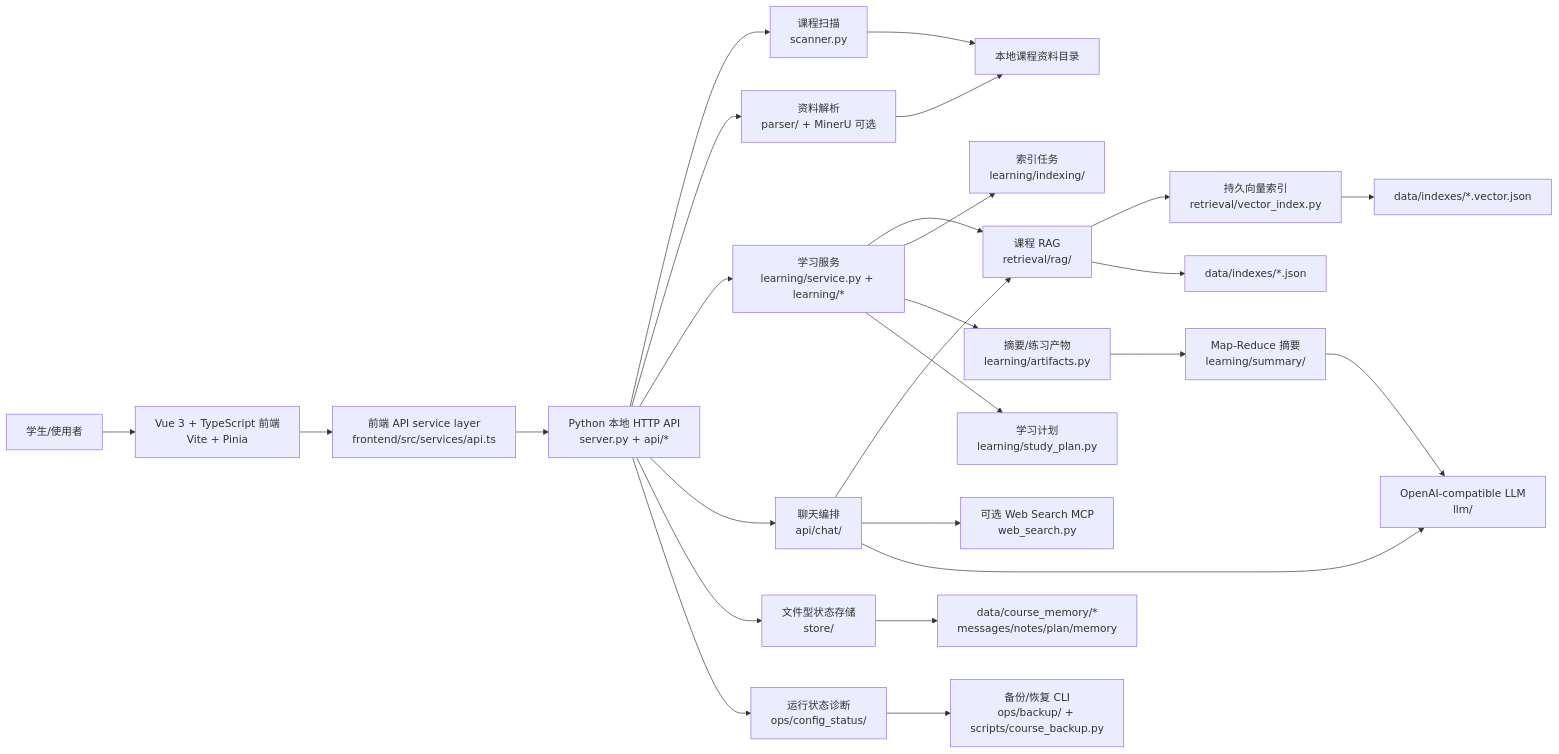
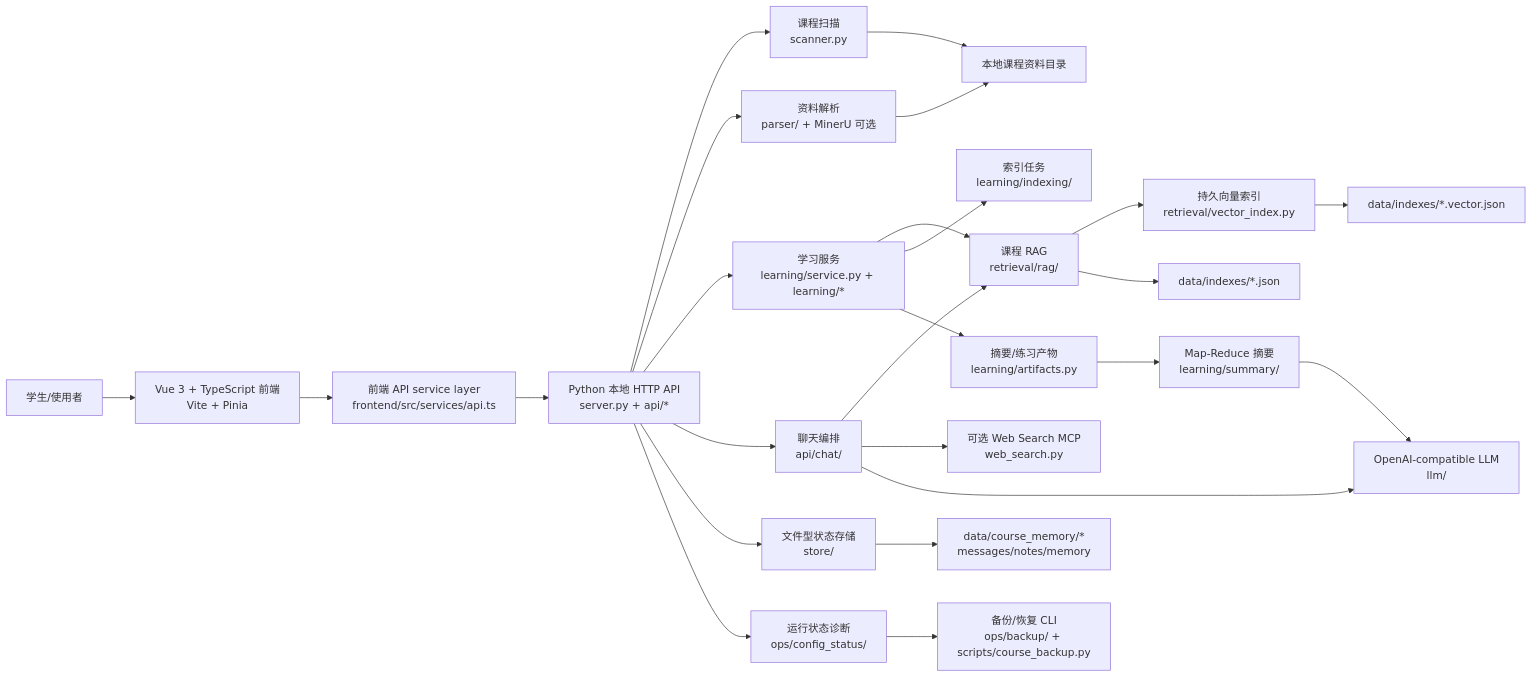
Before and after one commit to LuMH1027/ai-learn-assistant: the first of 9 diagrams in docs/系统设计.md, drawn with Mermaid. The commit also changed other lines of this file and 42 other files, not shown here.

````diff
--- a/docs/系统设计.md
+++ b/docs/系统设计.md
@@ -7,31 +7,30 @@
 ```mermaid
 flowchart LR
     User["学生/使用者"] --> Browser["Vue 3 + TypeScript 前端<br/>Vite + Pinia"]
     Browser --> FrontApi["前端 API service layer<br/>frontend/src/services/api.ts"]
     FrontApi --> API["Python 本地 HTTP API<br/>server.py + api/*"]
 
     API --> Scanner["课程扫描<br/>scanner.py"]
     API --> Parser["资料解析<br/>parser/ + MinerU 可选"]
     API --> Learning["学习服务<br/>learning/service.py + learning/*"]
     API --> Chat["聊天编排<br/>api/chat/"]
     API --> Store["文件型状态存储<br/>store/"]
     API --> Ops["运行状态诊断<br/>ops/config_status/"]
 
     Learning --> RAG["课程 RAG<br/>retrieval/rag/"]
     Chat --> RAG
     Chat --> WebSearch["可选 Web Search MCP<br/>web_search.py"]
     Chat --> LLM["OpenAI-compatible LLM<br/>llm/"]
     Learning --> Indexing["索引任务<br/>learning/indexing/"]
     Learning --> Artifacts["摘要/练习产物<br/>learning/artifacts.py"]
-    Learning --> StudyPlan["学习计划<br/>learning/study_plan.py"]
     Artifacts --> Summary["Map-Reduce 摘要<br/>learning/summary/"]
     Summary --> LLM
     RAG --> Vector["持久向量索引<br/>retrieval/vector_index.py"]
 
     Scanner --> CourseFiles["本地课程资料目录"]
     Parser --> CourseFiles
-    Store --> DataFiles["data/course_memory/*<br/>messages/notes/plan/memory"]
+    Store --> DataFiles["data/course_memory/*<br/>messages/notes/memory"]
     RAG --> JsonIndex["data/indexes/*.json"]
     Vector --> VectorIndex["data/indexes/*.vector.json"]
     Ops --> Backup["备份/恢复 CLI<br/>ops/backup/ + scripts/course_backup.py"]
 ```
````
